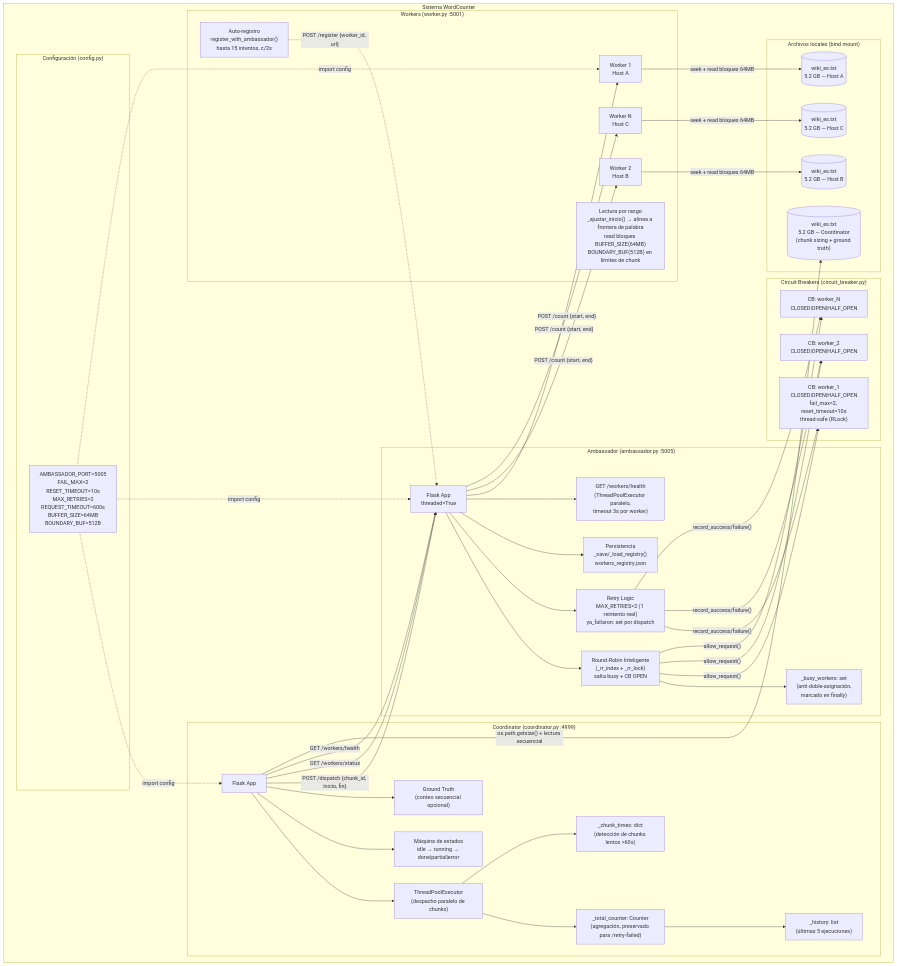
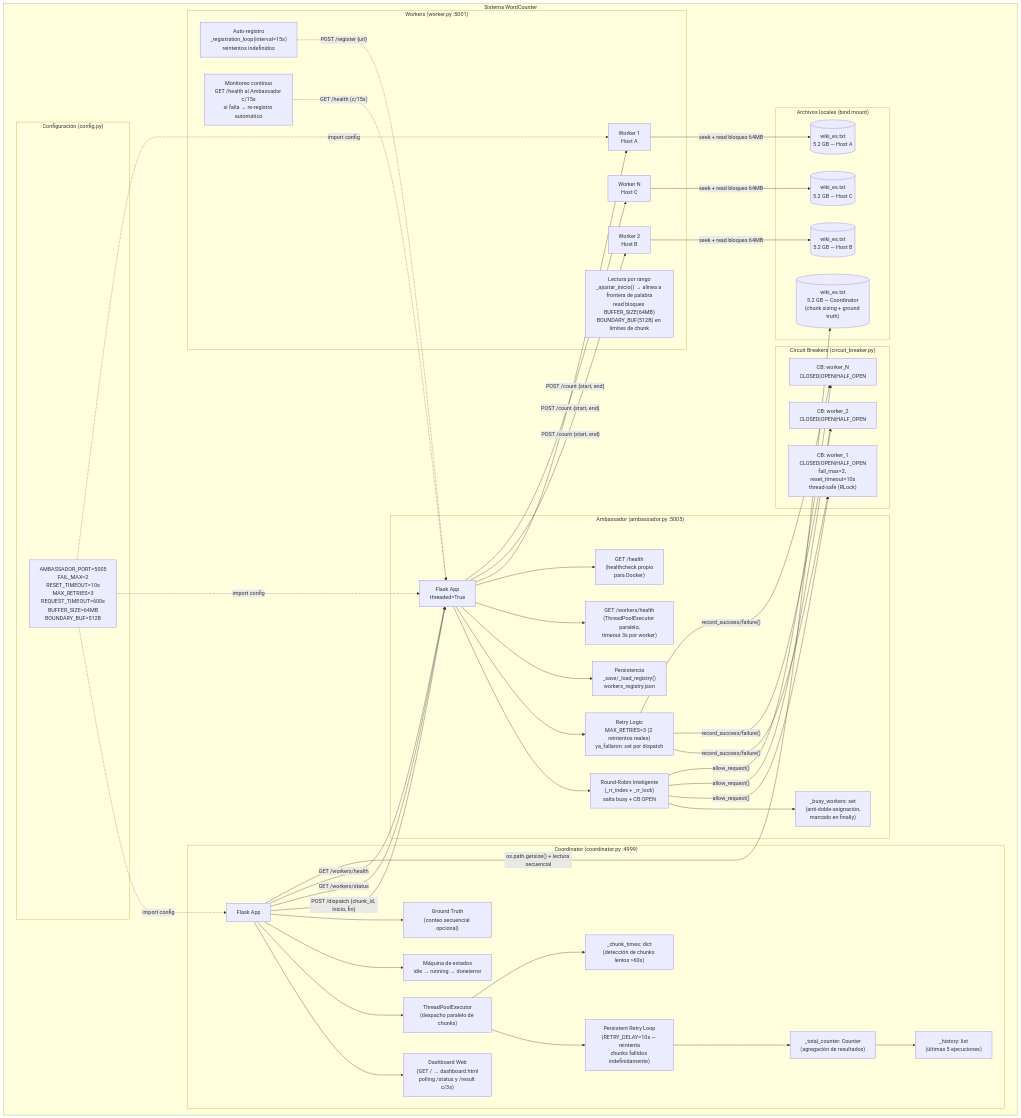
One commit to Cantuuuu/Word-Frecuency-Counter changed the fifth of 6 diagrams in docs/diagramas.md. Above: the diagram before and after it, drawn with Mermaid. The commit also changed other lines of this file, not shown here.

First line of the commit message:
docs: actualizar diagramas para reflejar el código actual

```diff
--- a/docs/diagramas.md
+++ b/docs/diagramas.md
@@ -251,16 +271,20 @@
 
         subgraph "Coordinator (coordinator.py :4999)"
             COORD[Flask App]
+            DASH["Dashboard Web<br/>(GET / → dashboard.html<br/>polling /status y /result c/3s)"]
             TP["ThreadPoolExecutor<br/>(despacho paralelo de chunks)"]
-            CT["_total_counter: Counter<br/>(agregación, preservado para /retry-failed)"]
+            PRL["Persistent Retry Loop<br/>(RETRY_DELAY=10s — reintenta<br/>chunks fallidos indefinidamente)"]
+            CT["_total_counter: Counter<br/>(agregación de resultados)"]
             CHT["_chunk_times: dict<br/>(detección de chunks lentos >60s)"]
             HIST["_history: list<br/>(últimas 5 ejecuciones)"]
-            SM["Máquina de estados<br/>idle → running → done|partial|error"]
+            SM["Máquina de estados<br/>idle → running → done|error"]
             GT["Ground Truth<br/>(conteo secuencial opcional)"]
 
+            COORD --> DASH
             COORD --> TP
             COORD --> SM
-            TP --> CT
+            TP --> PRL
+            PRL --> CT
             TP --> CHT
             CT --> HIST
             COORD --> GT
@@ -269,16 +293,18 @@
         subgraph "Ambassador (ambassador.py :5005)"
             AM[Flask App<br/>threaded=True]
             RR["Round-Robin Inteligente<br/>(_rr_index + _rr_lock)<br/>salta busy + CB OPEN"]
-            RETRY["Retry Logic<br/>MAX_RETRIES=2 (1 reintento real)<br/>ya_fallaron: set por dispatch"]
+            RETRY["Retry Logic<br/>MAX_RETRIES=3 (2 reintentos reales)<br/>ya_fallaron: set por dispatch"]
             BUSY["_busy_workers: set<br/>(anti-doble-asignación,<br/>marcado en finally)"]
             REGP["Persistencia<br/>_save/_load_registry()<br/>workers_registry.json"]
             HCK["GET /workers/health<br/>(ThreadPoolExecutor paralelo,<br/>timeout 3s por worker)"]
+            AMBH["GET /health<br/>(healthcheck propio<br/>para Docker)"]
 
             AM --> RR
             AM --> RETRY
             RR --> BUSY
             AM --> REGP
             AM --> HCK
+            AM --> AMBH
         end
 
         subgraph "Circuit Breakers (circuit_breaker.py)"
@@ -291,7 +317,8 @@
             W1["Worker 1<br/>Host A"]
             W2["Worker 2<br/>Host B"]
             W3["Worker N<br/>Host C"]
-            AR["Auto-registro<br/>register_with_ambassador()<br/>hasta 15 intentos, c/2s"]
+            AR["Auto-registro<br/>_registration_loop(interval=15s)<br/>reintentos indefinidos"]
+            MON["Monitoreo continuo<br/>GET /health al Ambassador c/15s<br/>si falla → re-registro automático"]
             WRD["Lectura por rango<br/>_ajustar_inicio() → alinea a frontera de palabra<br/>read bloques BUFFER_SIZE(64MB)<br/>BOUNDARY_BUF(512B) en límites de chunk"]
         end
 
@@ -303,7 +330,7 @@
         end
 
         subgraph "Configuración (config.py)"
-            CFG["AMBASSADOR_PORT=5005<br/>FAIL_MAX=2<br/>RESET_TIMEOUT=10s<br/>MAX_RETRIES=2<br/>REQUEST_TIMEOUT=600s<br/>BUFFER_SIZE=64MB<br/>BOUNDARY_BUF=512B"]
+            CFG["AMBASSADOR_PORT=5005<br/>FAIL_MAX=2<br/>RESET_TIMEOUT=10s<br/>MAX_RETRIES=3<br/>REQUEST_TIMEOUT=600s<br/>BUFFER_SIZE=64MB<br/>BOUNDARY_BUF=512B"]
         end
 
     end
@@ -321,7 +348,8 @@
     AM -->|"POST /count {start, end}"| W1
     AM -->|"POST /count {start, end}"| W2
     AM -->|"POST /count {start, end}"| W3
-    AR -.->|"POST /register {worker_id, url}"| AM
+    AR -.->|"POST /register {url}"| AM
+    MON -.->|"GET /health (c/15s)"| AM
     W1 -->|"seek + read bloques 64MB"| F1
     W2 -->|"seek + read bloques 64MB"| F2
     W3 -->|"seek + read bloques 64MB"| F3
```
